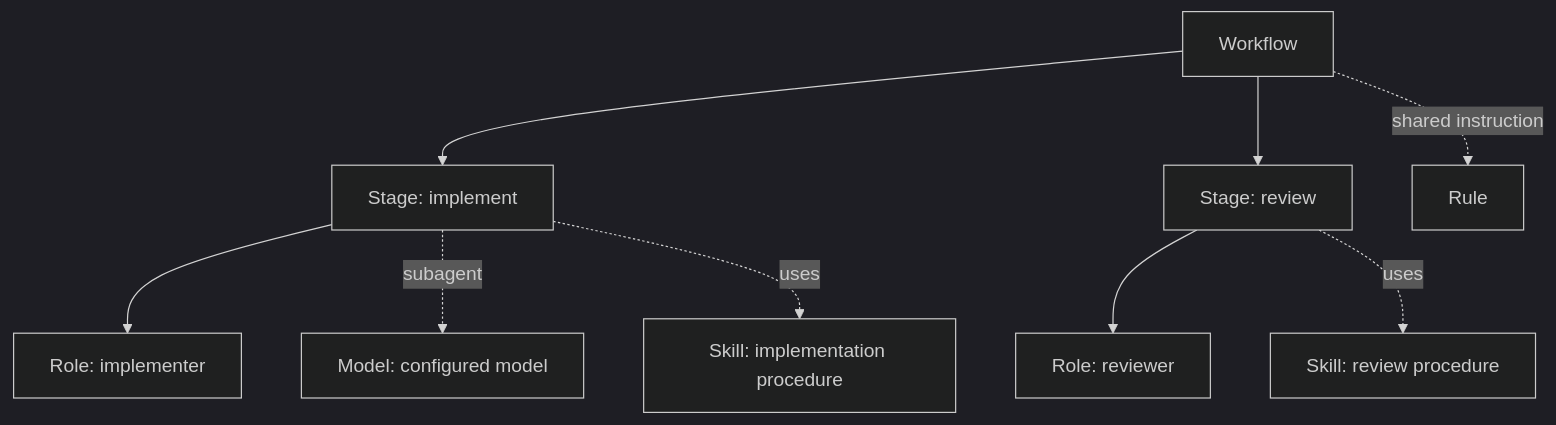
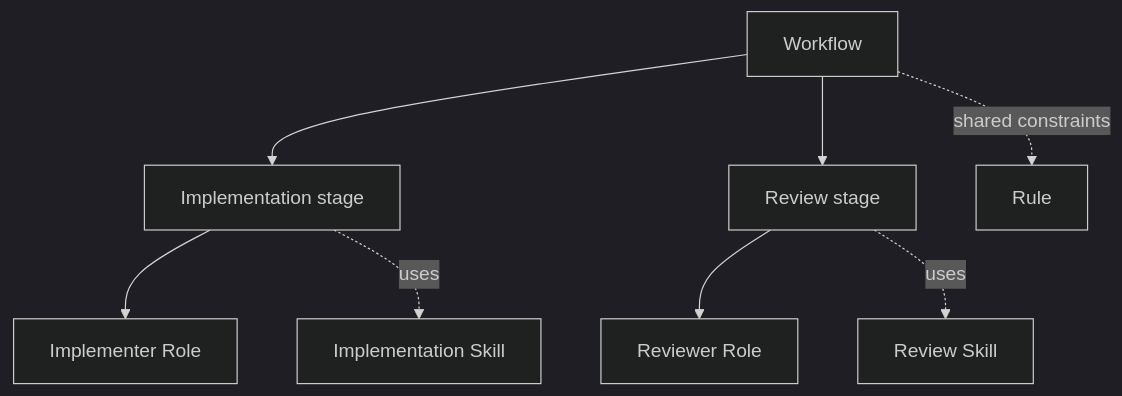
The second of 4 diagrams in README.md (Memoria-ll/agent-asset-control-layer-personal), drawn with Mermaid (dark theme) before and after one commit. The commit also changed other lines of this file and 1 other file, not shown here.

````diff
--- a/README.md
+++ b/README.md
@@ -100,11 +47,10 @@
 ```mermaid
 flowchart TD
-    W[Workflow] --> S1[Stage: implement]
-    W --> S2[Stage: review]
-    S1 --> R1[Role: implementer]
-    S2 --> R2[Role: reviewer]
-    S1 -. subagent .-> M1[Model: configured model]
-    S1 -. uses .-> K1[Skill: implementation procedure]
-    S2 -. uses .-> K2[Skill: review procedure]
-    W -. shared instruction .-> Rule[Rule]
+    W[Workflow] --> S1[Implementation stage]
+    W --> S2[Review stage]
+    S1 --> R1[Implementer Role]
+    S2 --> R2[Reviewer Role]
+    S1 -. uses .-> K1[Implementation Skill]
+    S2 -. uses .-> K2[Review Skill]
+    W -. shared constraints .-> Rule[Rule]
 ```
````
